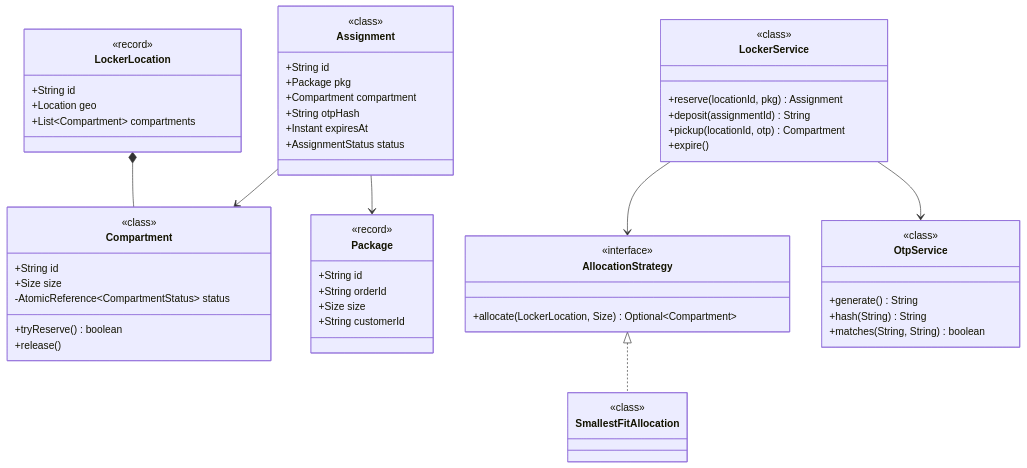
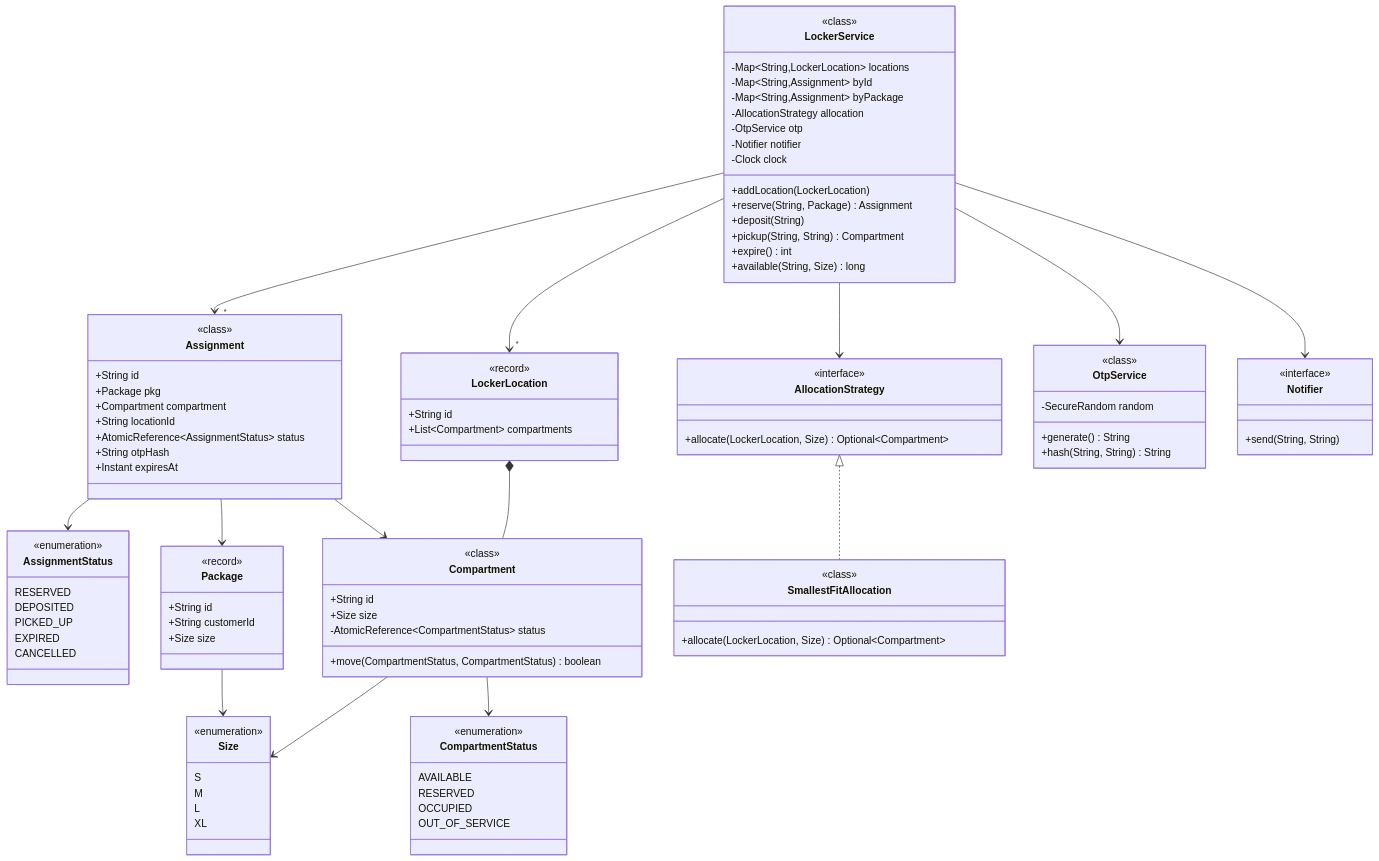
Before and after one commit to amarkum/amarkumar.guru: the first of 2 diagrams in system-design/lld/19-amazon-locker.md, drawn with Mermaid. The commit also changed 27 other files, not shown here.

Commit message:
Rebuild every UML class diagram from its Java code, add a notes progress tracker, and make diagrams readable with zoom and a legend.

````diff
--- a/system-design/lld/19-amazon-locker.md
+++ b/system-design/lld/19-amazon-locker.md
@@ -42,30 +42,54 @@
 ```mermaid
 classDiagram
-    class LockerLocation {
-      +String id
-      +Location geo
-      +List~Compartment~ compartments
+    class Size {
+      <<enumeration>>
+      S
+      M
+      L
+      XL
+    }
+    class CompartmentStatus {
+      <<enumeration>>
+      AVAILABLE
+      RESERVED
+      OCCUPIED
+      OUT_OF_SERVICE
+    }
+    class AssignmentStatus {
+      <<enumeration>>
+      RESERVED
+      DEPOSITED
+      PICKED_UP
+      EXPIRED
+      CANCELLED
     }
     class Compartment {
+      <<class>>
       +String id
       +Size size
       -AtomicReference~CompartmentStatus~ status
-      +tryReserve() boolean
-      +release()
+      +move(CompartmentStatus, CompartmentStatus) boolean
+    }
+    class LockerLocation {
+      <<record>>
+      +String id
+      +List~Compartment~ compartments
     }
     class Package {
+      <<record>>
       +String id
-      +String orderId
+      +String customerId
       +Size size
-      +String customerId
     }
     class Assignment {
+      <<class>>
       +String id
       +Package pkg
       +Compartment compartment
+      +String locationId
+      +AtomicReference~AssignmentStatus~ status
       +String otpHash
       +Instant expiresAt
-      +AssignmentStatus status
     }
     class AllocationStrategy {
       <<interface>>
@@ -73,17 +97,33 @@
     }
     class SmallestFitAllocation {
       <<class>>
+      +allocate(LockerLocation, Size) Optional~Compartment~
     }
     class OtpService {
+      <<class>>
+      -SecureRandom random
       +generate() String
-      +hash(String) String
-      +matches(String, String) boolean
+      +hash(String, String) String
+    }
+    class Notifier {
+      <<interface>>
+      +send(String, String)
     }
     class LockerService {
-      +reserve(locationId, pkg) Assignment
-      +deposit(assignmentId) String
-      +pickup(locationId, otp) Compartment
-      +expire()
+      <<class>>
+      -Map~String,LockerLocation~ locations
+      -Map~String,Assignment~ byId
+      -Map~String,Assignment~ byPackage
+      -AllocationStrategy allocation
+      -OtpService otp
+      -Notifier notifier
+      -Clock clock
+      +addLocation(LockerLocation)
+      +reserve(String, Package) Assignment
+      +deposit(String)
+      +pickup(String, String) Compartment
+      +expire() int
+      +available(String, Size) long
     }
     LockerLocation *-- Compartment
     Assignment --> Compartment
@@ -91,25 +131,11 @@
     AllocationStrategy <|.. SmallestFitAllocation
     LockerService --> AllocationStrategy
     LockerService --> OtpService
-    class LockerService {
-      <<class>>
-    }
-    class OtpService {
-      <<class>>
-    }
-    class Assignment {
-      <<class>>
-    }
-    class Compartment {
-      <<class>>
-    }
-    class AllocationStrategy {
-      <<interface>>
-    }
-    class LockerLocation {
-      <<record>>
-    }
-    class Package {
-      <<record>>
-    }
+    Compartment --> Size
+    Compartment --> CompartmentStatus
+    Package --> Size
+    Assignment --> AssignmentStatus
+    LockerService --> "*" LockerLocation
+    LockerService --> "*" Assignment
+    LockerService --> Notifier
 ```
````
